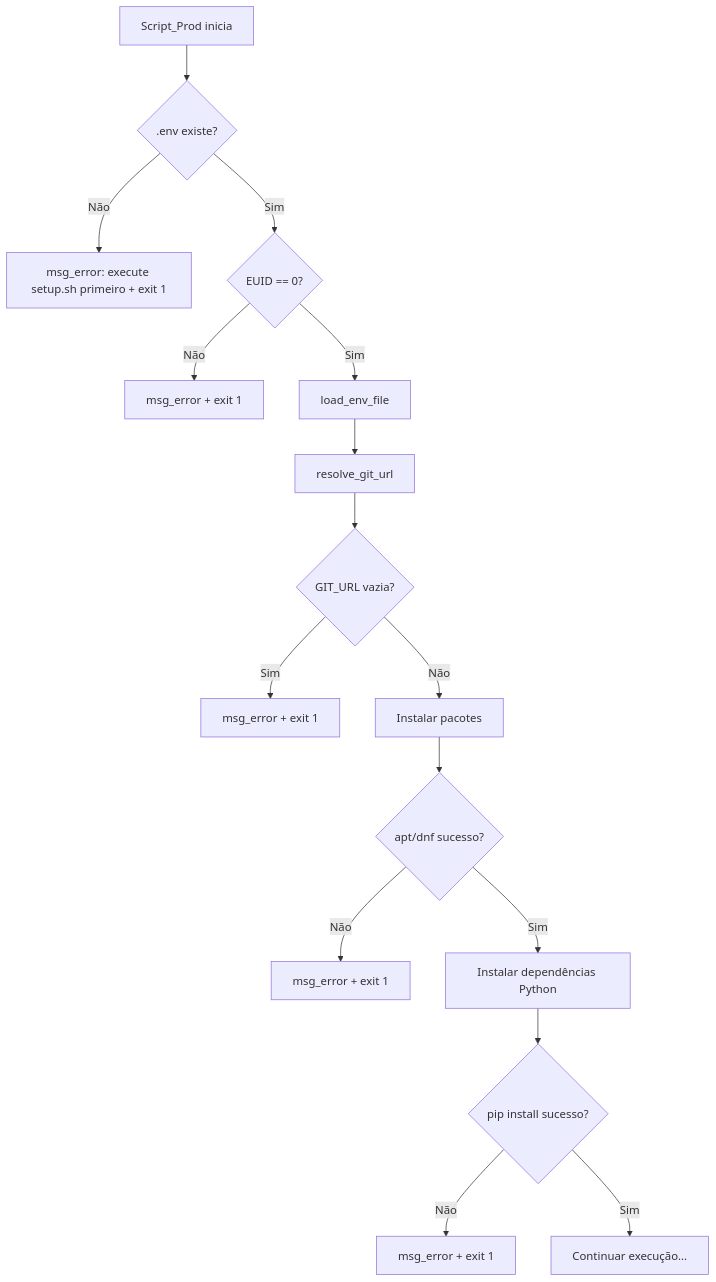
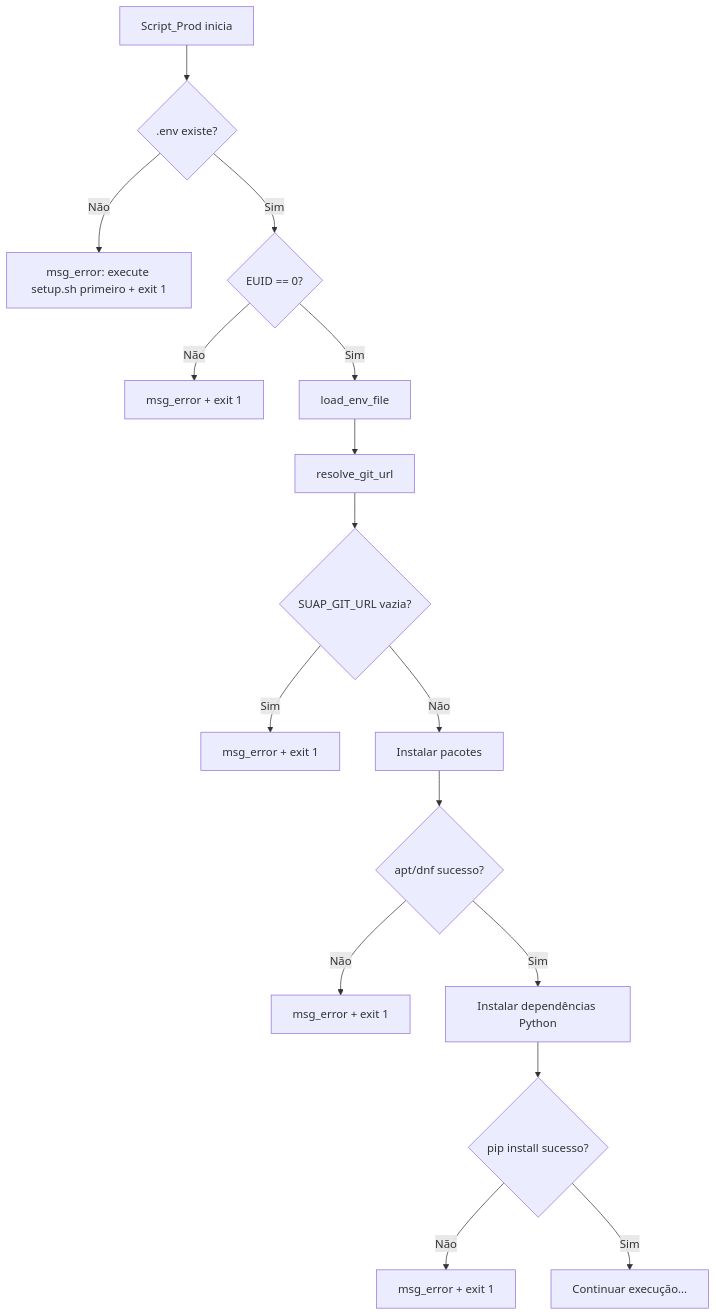
Before and after one commit to danielslz/suap-setup: the third of 3 diagrams in .kiro/specs/suap-setup/design.md, drawn with Mermaid. The commit also changed other lines of this file and 21 other files, not shown here.

````diff
--- a/.kiro/specs/suap-setup/design.md
+++ b/.kiro/specs/suap-setup/design.md
@@ -907,18 +907,18 @@
 ```mermaid
 flowchart TD
     A[Script_Prod inicia] --> B0{.env existe?}
     B0 -->|Não| C0[msg_error: execute setup.sh primeiro + exit 1]
     B0 -->|Sim| B{EUID == 0?}
     B -->|Não| C[msg_error + exit 1]
     B -->|Sim| D[load_env_file]
     D --> G[resolve_git_url]
-    G --> H{GIT_URL vazia?}
+    G --> H{SUAP_GIT_URL vazia?}
     H -->|Sim| I[msg_error + exit 1]
     H -->|Não| Pkg[Instalar pacotes]
     Pkg --> PkgOk{apt/dnf sucesso?}
     PkgOk -->|Não| PkgErr[msg_error + exit 1]
     PkgOk -->|Sim| Deps[Instalar dependências Python]
     Deps --> DepsOk{pip install sucesso?}
     DepsOk -->|Não| DepsErr[msg_error + exit 1]
     DepsOk -->|Sim| J[Continuar execução...]
 ```
````
